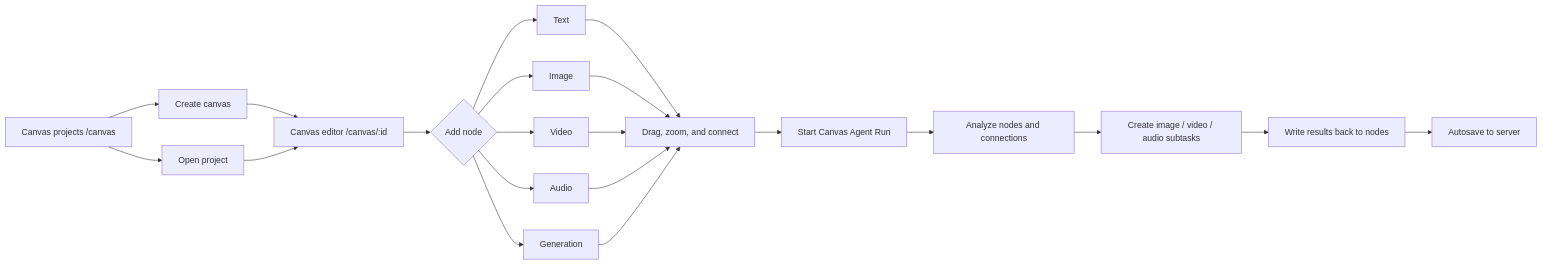
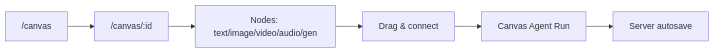
One commit to jiujiu532/JoveCanvas changed the fourth of 6 diagrams in README.en.md. Above: the diagram before and after it, drawn with Mermaid. The commit also changed other lines of this file and 2 other files, not shown here.

````diff
--- a/README.en.md
+++ b/README.en.md
@@ -153,26 +134,8 @@
 ```mermaid
 flowchart LR
-    LIST["Canvas projects /canvas"] --> CREATE["Create canvas"]
-    LIST --> OPEN["Open project"]
-    CREATE --> EDITOR["Canvas editor /canvas/:id"]
-    OPEN --> EDITOR
-
-    EDITOR --> NODE{"Add node"}
-    NODE --> TEXT["Text"]
-    NODE --> IMAGE["Image"]
-    NODE --> VIDEO["Video"]
-    NODE --> AUDIO["Audio"]
-    NODE --> GENERATE["Generation"]
-
-    TEXT --> CONNECT["Drag, zoom, and connect"]
-    IMAGE --> CONNECT
-    VIDEO --> CONNECT
-    AUDIO --> CONNECT
-    GENERATE --> CONNECT
-
-    CONNECT --> AGENT["Start Canvas Agent Run"]
-    AGENT --> PLAN["Analyze nodes and connections"]
-    PLAN --> TASK["Create image / video / audio subtasks"]
-    TASK --> RESULT["Write results back to nodes"]
-    RESULT --> SAVE["Autosave to server"]
+    LIST["/canvas"] --> EDITOR["/canvas/:id"]
+    EDITOR --> NODE["Nodes: text/image/video/audio/gen"]
+    NODE --> CONNECT["Drag & connect"]
+    CONNECT --> RUN["Canvas Agent Run"]
+    RUN --> SAVE["Server autosave"]
 ```
````
